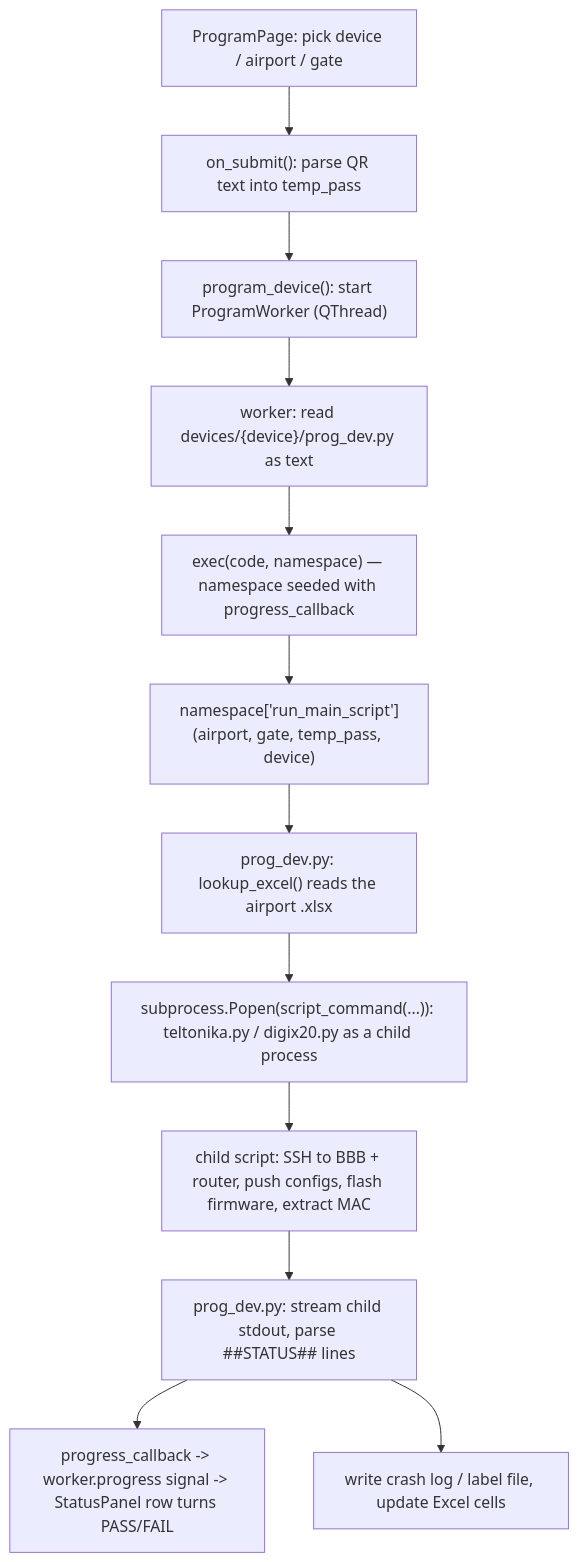
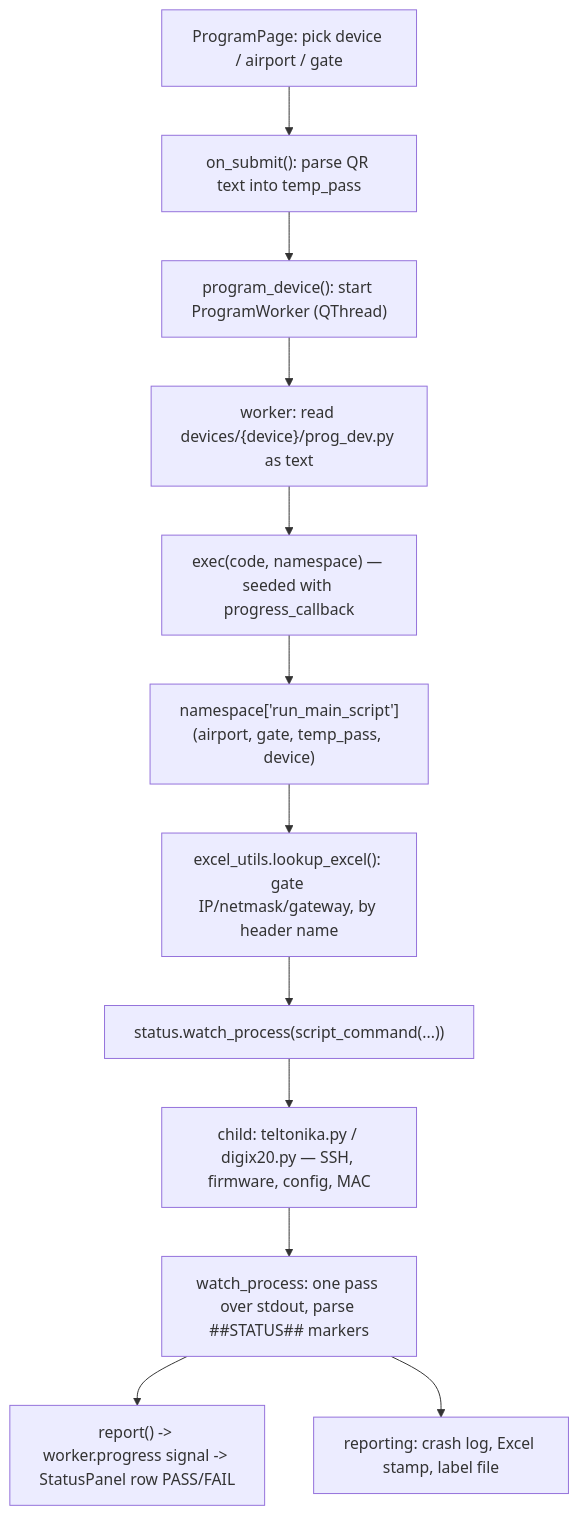
One commit to nlehnhof/ProgrammingWorkstation changed the fourth of 6 diagrams in documentation/WORKFLOW.md. Above: the diagram before and after it, drawn with Mermaid. The commit also changed other lines of this file and 14 other files, not shown here.

````diff
--- a/documentation/WORKFLOW.md
+++ b/documentation/WORKFLOW.md
@@ -76,14 +81,14 @@
 ```mermaid
 flowchart TD
     P1["ProgramPage: pick device / airport / gate"] --> P2["on_submit(): parse QR text into temp_pass"]
     P2 --> P3["program_device(): start ProgramWorker (QThread)"]
     P3 --> R["worker: read devices/{device}/prog_dev.py as text"]
-    R --> E["exec(code, namespace) — namespace seeded with progress_callback"]
+    R --> E["exec(code, namespace) — seeded with progress_callback"]
     E --> F["namespace['run_main_script'](airport, gate, temp_pass, device)"]
-    F --> G["prog_dev.py: lookup_excel() reads the airport .xlsx"]
-    G --> H["subprocess.Popen(script_command(...)): teltonika.py / digix20.py as a child process"]
-    H --> I["child script: SSH to BBB + router, push configs, flash firmware, extract MAC"]
-    I --> J["prog_dev.py: stream child stdout, parse ##STATUS## lines"]
-    J --> K["progress_callback -> worker.progress signal -> StatusPanel row turns PASS/FAIL"]
-    J --> L["write crash log / label file, update Excel cells"]
+    F --> G["excel_utils.lookup_excel(): gate IP/netmask/gateway, by header name"]
+    G --> H["status.watch_process(script_command(...))"]
+    H --> I["child: teltonika.py / digix20.py — SSH, firmware, config, MAC"]
+    I --> J["watch_process: one pass over stdout, parse ##STATUS## markers"]
+    J --> K["report() -> worker.progress signal -> StatusPanel row PASS/FAIL"]
+    J --> L["reporting: crash log, Excel stamp, label file"]
 ```
````
